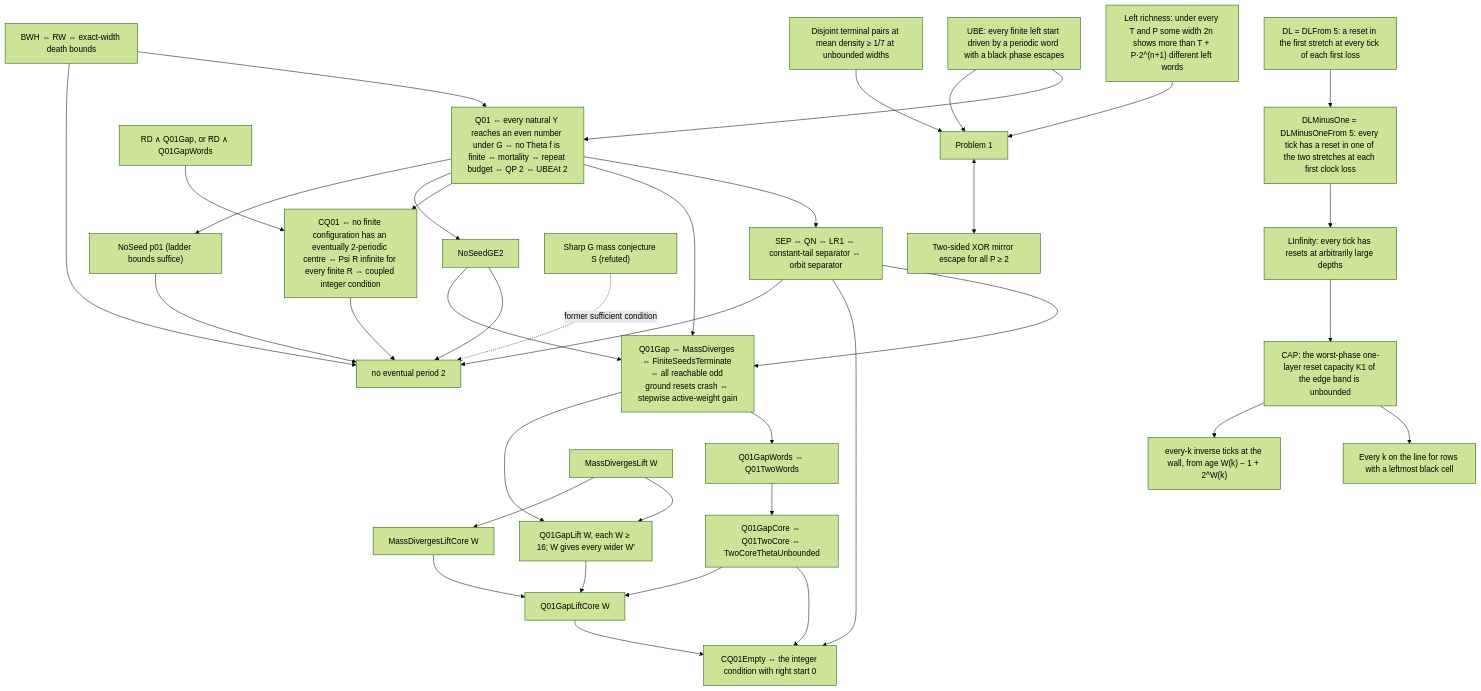
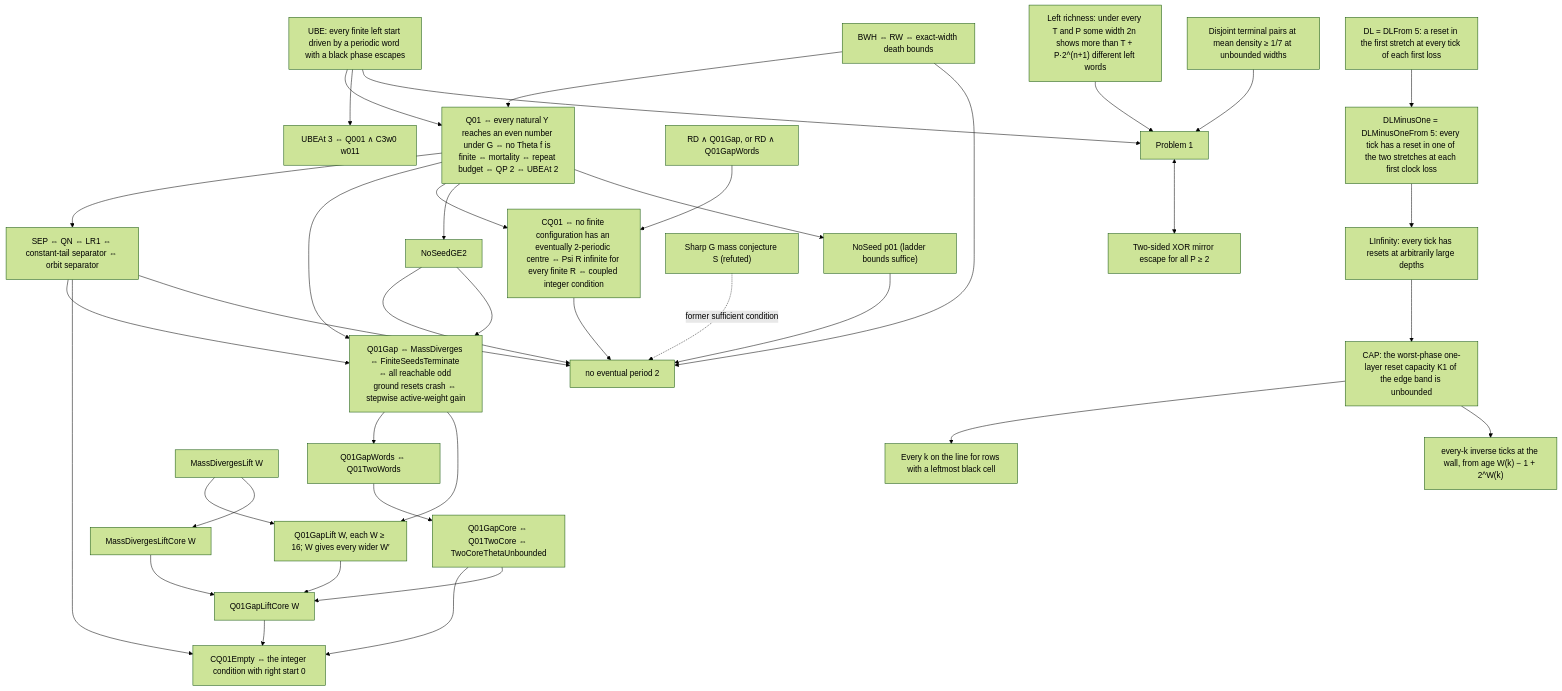
Before and after one commit to ghywel/rule30reset: the diagram in KIT.md, drawn with Mermaid (forest theme). The commit also changed other lines of this file and 6 other files, not shown here.

````diff
--- a/KIT.md
+++ b/KIT.md
@@ -48,34 +48,35 @@
 ```mermaid
 graph TD
   UBE["UBE: every finite left start driven by a periodic word with a black phase escapes"] --> Q01
+  UBE --> U3["UBEAt 3 ⇔ Q001 ∧ C3w0 w011"]
   BWH["BWH ⇔ RW ⇔ exact-width death bounds"] --> Q01
   Q01["Q01 ⇔ every natural Y reaches an even number under G ⇔ no Theta f is finite ⇔ mortality ⇔ repeat budget ⇔ QP 2 ⇔ UBEAt 2"]
   Q01 --> SEP["SEP ⇔ QN ⇔ LR1 ⇔ constant-tail separator ⇔ orbit separator"]
   Q01 --> Q01Gap["Q01Gap ⇔ MassDiverges ⇔ FiniteSeedsTerminate ⇔ all reachable odd ground resets crash ⇔ stepwise active-weight gain"]
   SEP --> Q01Gap
   Q01Gap --> Q01GW["Q01GapWords ⇔ Q01TwoWords"]
   Q01GW --> Q01GC["Q01GapCore ⇔ Q01TwoCore ⇔ TwoCoreThetaUnbounded"]
   Q01GC --> CQ01E["CQ01Empty ⇔ the integer condition with right start 0"]
   Q01Gap --> GL["Q01GapLift W, each W ≥ 16; W gives every wider W′"] --> GLC["Q01GapLiftCore W"] --> CQ01E
   Q01GC --> GLC
   MDL["MassDivergesLift W"] --> GL
   MDL --> MDLC["MassDivergesLiftCore W"] --> GLC
   SEP --> CQ01E
   Q01 --> CQ01["CQ01 ⇔ no finite configuration has an eventually 2-periodic centre ⇔ Psi R infinite for every finite R ⇔ coupled integer condition"]
   RDQ["RD ∧ Q01Gap, or RD ∧ Q01GapWords"] --> CQ01
   CQ01 --> NP2["no eventual period 2"]
   Q01 --> NSG["NoSeedGE2"] --> NP2
   NSG --> Q01Gap
   Q01 --> NS01["NoSeed p01 (ladder bounds suffice)"] --> NP2
   CS["Sharp G mass conjecture S (refuted)"] -. "former sufficient condition" .-> NP2
   SEP --> NP2
   BWH --> NP2
   UBE --> P1["Problem 1"]
   RICH["Left richness: under every T and P some width 2n shows more than T + P·2^(n+1) different left words"] --> P1
   CENSUS["Disjoint terminal pairs at mean density ≥ 1/7 at unbounded widths"] --> P1
   P1 <--> MIR["Two-sided XOR mirror escape for all P ≥ 2"]
   DL["DL = DLFrom 5: a reset in the first stretch at every tick of each first loss"] --> DL1
   DL1["DLMinusOne = DLMinusOneFrom 5: every tick has a reset in one of the two stretches at each first clock loss"] --> LI["LInfinity: every tick has resets at arbitrarily large depths"]
   CAP --> LINE["Every k on the line for rows with a leftmost black cell"]
   LI --> CAP["CAP: the worst-phase one-layer reset capacity K1 of the edge band is unbounded"] --> EVK["every-k inverse ticks at the wall, from age W(k) − 1 + 2^W(k)"]
 ```
````
